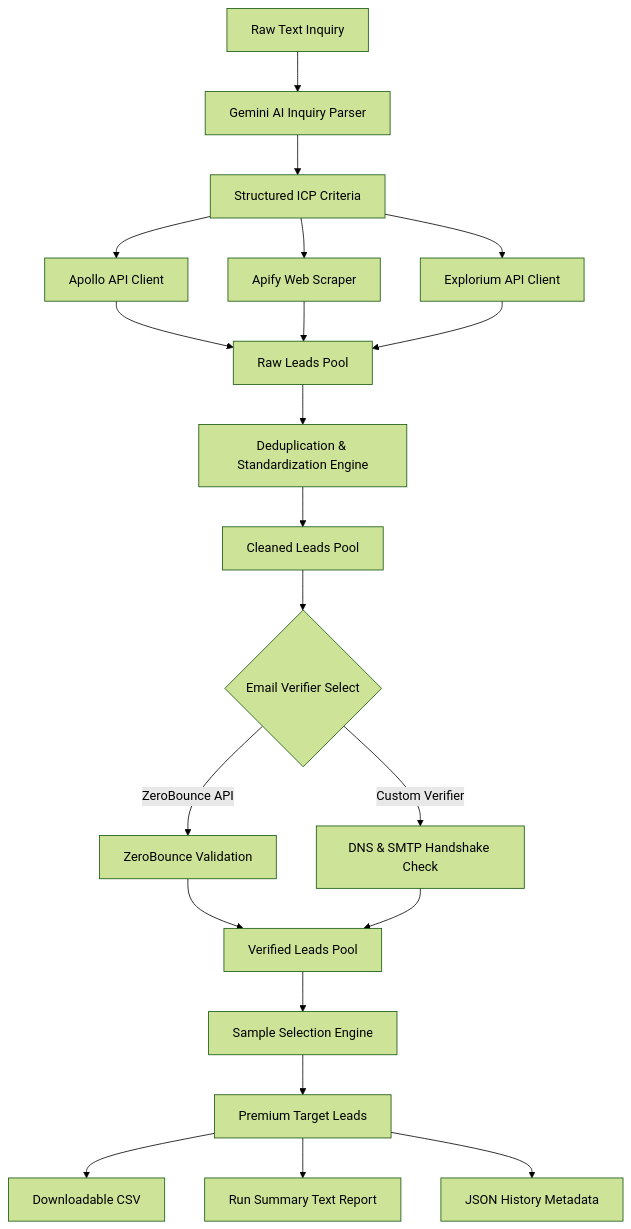
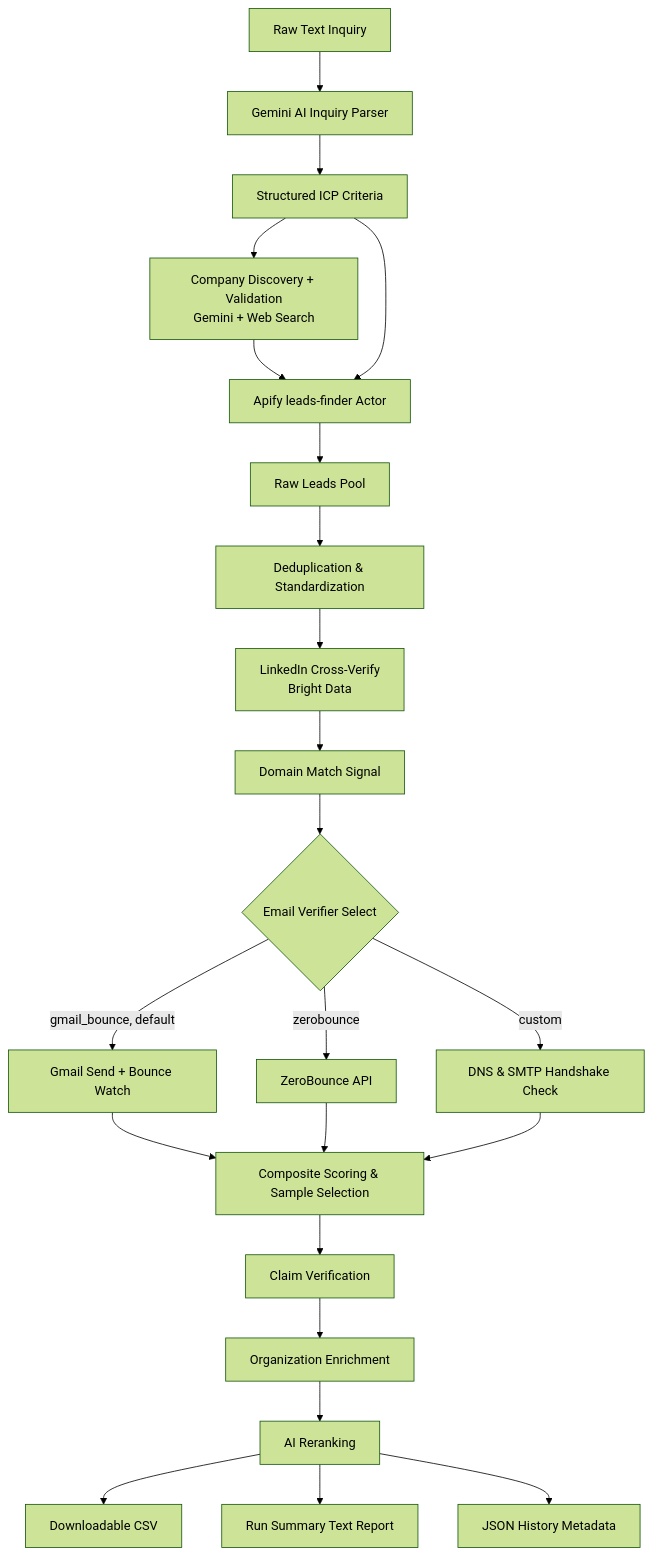
Before and after one commit to alpha2420/lead: the diagram in PROJECT_OVERVIEW.md, drawn with Mermaid (forest theme). The commit also changed other lines of this file and 46 other files, not shown here.

````diff
--- a/PROJECT_OVERVIEW.md
+++ b/PROJECT_OVERVIEW.md
@@ -128,30 +130,31 @@
 ```mermaid
 graph TD
     A[Raw Text Inquiry] --> B[Gemini AI Inquiry Parser]
     B --> C[Structured ICP Criteria]
-    
-    C --> D1[Apollo API Client]
-    C --> D2[Apify Web Scraper]
-    C --> D3[Explorium API Client]
-    
-    D1 --> E[Raw Leads Pool]
-    D2 --> E
-    D3 --> E
-    
-    E --> F[Deduplication & Standardization Engine]
-    F --> G[Cleaned Leads Pool]
-    
-    G --> H{Email Verifier Select}
-    H -->|ZeroBounce API| I1[ZeroBounce Validation]
-    H -->|Custom Verifier| I2[DNS & SMTP Handshake Check]
-    
-    I1 --> J[Verified Leads Pool]
-    I2 --> J
-    
-    J --> K[Sample Selection Engine]
-    K --> L[Premium Target Leads]
-    
-    L --> M1[Downloadable CSV]
-    L --> M2[Run Summary Text Report]
-    L --> M3[JSON History Metadata]
+
+    C --> D1[Company Discovery + Validation<br/>Gemini + Web Search]
+    D1 --> D2[Apify leads-finder Actor]
+    C --> D2
+
+    D2 --> E[Raw Leads Pool]
+    E --> F[Deduplication & Standardization]
+    F --> G[LinkedIn Cross-Verify<br/>Bright Data]
+    G --> H[Domain Match Signal]
+
+    H --> I{Email Verifier Select}
+    I -->|gmail_bounce, default| J1[Gmail Send + Bounce Watch]
+    I -->|zerobounce| J2[ZeroBounce API]
+    I -->|custom| J3[DNS & SMTP Handshake Check]
+
+    J1 --> K[Composite Scoring & Sample Selection]
+    J2 --> K
+    J3 --> K
+
+    K --> L[Claim Verification]
+    L --> M[Organization Enrichment]
+    M --> N[AI Reranking]
+
+    N --> O1[Downloadable CSV]
+    N --> O2[Run Summary Text Report]
+    N --> O3[JSON History Metadata]
 ```
````
